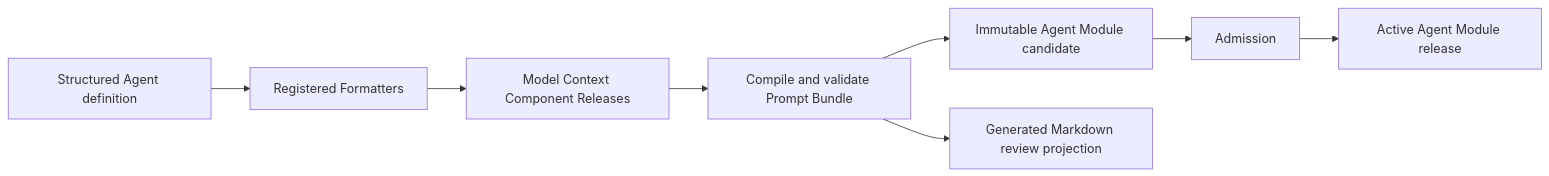
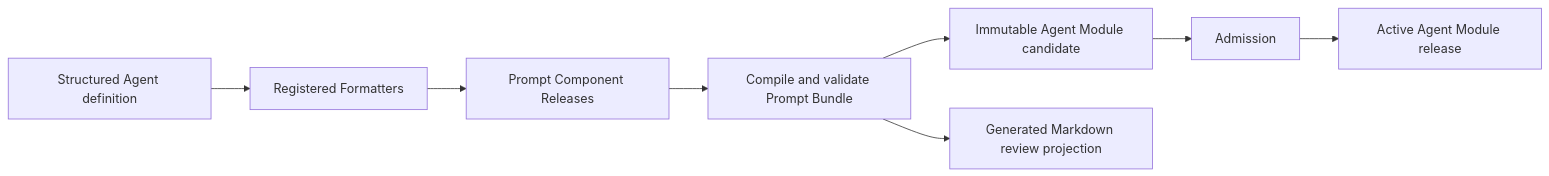
One commit to bobaoai/agent_runtime changed the fourth of 5 diagrams in src/agent_runtime/README.md. Above: the diagram before and after it, drawn with Mermaid. The commit also changed other lines of this file and 20 other files, not shown here.

````diff
--- a/src/agent_runtime/README.md
+++ b/src/agent_runtime/README.md
@@ -236,10 +240,10 @@
 ```mermaid
 flowchart LR
     SOURCE["Structured Agent definition"] --> FORMAT["Registered Formatters"]
-    FORMAT --> COMPONENTS["Model Context Component Releases"]
+    FORMAT --> COMPONENTS["Prompt Component Releases"]
     COMPONENTS --> COMPILE["Compile and validate Prompt Bundle"]
     COMPILE --> CANDIDATE["Immutable Agent Module candidate"]
     COMPILE --> MD["Generated Markdown review projection"]
     CANDIDATE --> ADMIT["Admission"]
     ADMIT --> ACTIVE["Active Agent Module release"]
 ```
````
